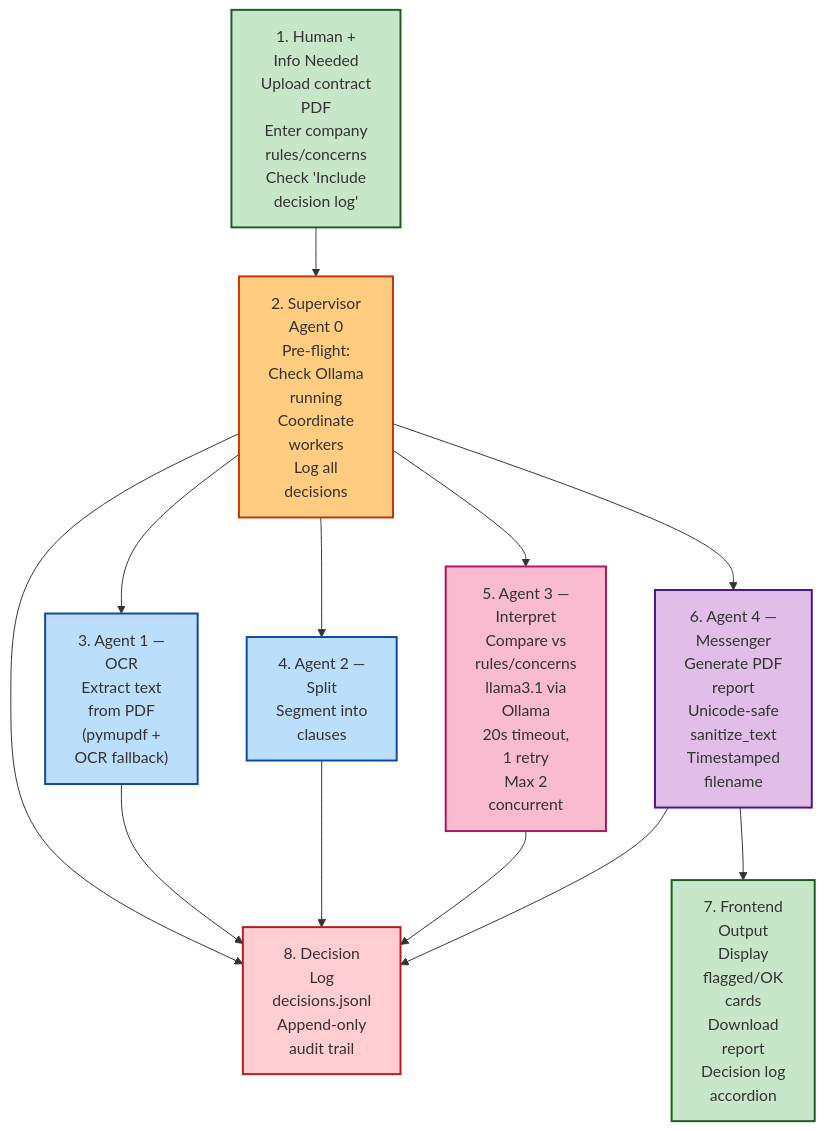
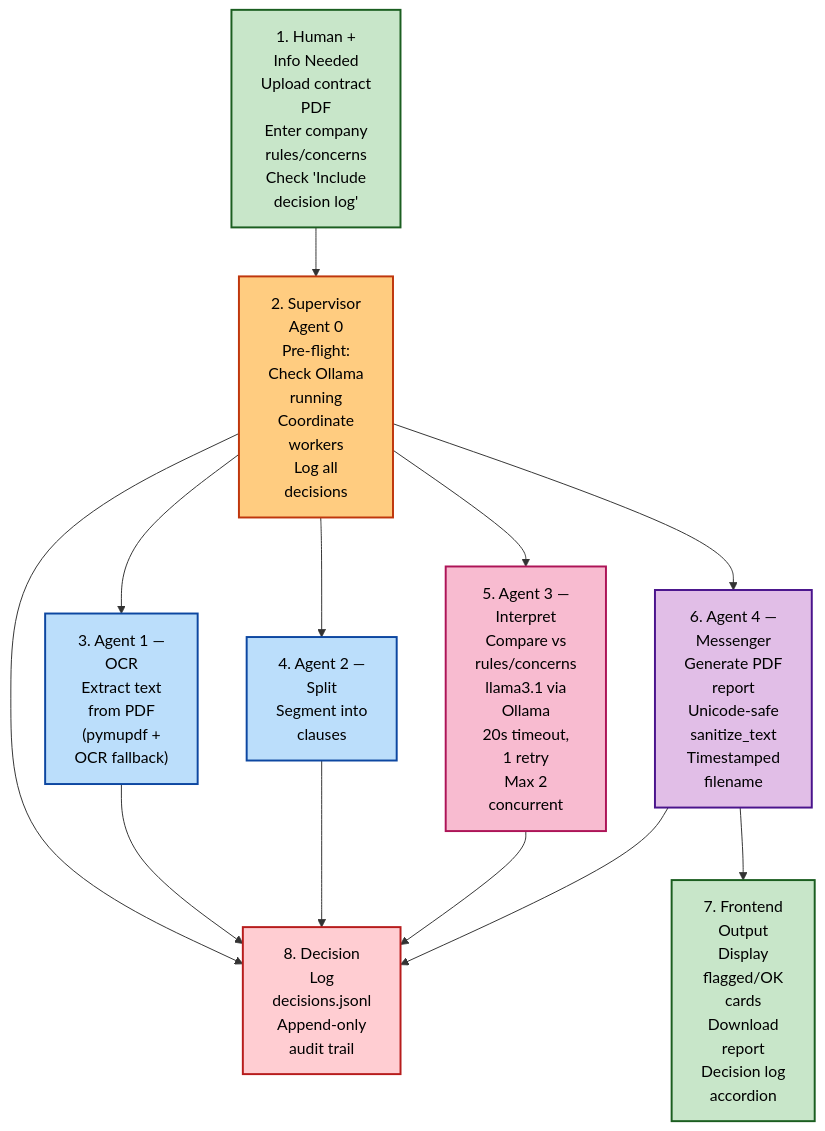
One commit to milnera2/Agentic-AI-Contract-Resolution changed the second of 2 diagrams in Workflow-Chart.md. Above: the diagram before and after it, drawn with Mermaid. The commit also changed other lines of this file, not shown here.

````diff
--- a/Workflow-Chart.md
+++ b/Workflow-Chart.md
@@ -27,36 +27,36 @@
 ```mermaid
 flowchart TD
     H["1. Human +<br/>Info Needed<br/>Upload contract<br/>PDF<br/>Enter company<br/>rules/concerns<br/>Check 'Include<br/>decision log'"]
 
     S["2. Supervisor<br/>Agent 0<br/>Pre-flight:<br/>Check Ollama<br/>running<br/>Coordinate<br/>workers<br/>Log all<br/>decisions"]
 
     OCR["3. Agent 1 —<br/>OCR<br/>Extract text<br/>from PDF<br/>(pymupdf +<br/>OCR fallback)"]
     Split["4. Agent 2 —<br/>Split<br/>Segment into<br/>clauses"]
     Interpret["5. Agent 3 —<br/>Interpret<br/>Compare vs<br/>rules/concerns<br/>llama3.1 via<br/>Ollama<br/>20s timeout,<br/>1 retry<br/>Max 2<br/>concurrent"]
     Msg["6. Agent 4 —<br/>Messenger<br/>Generate PDF<br/>report<br/>Unicode-safe<br/>sanitize_text<br/>Timestamped<br/>filename"]
 
     FE["7. Frontend<br/>Output<br/>Display<br/>flagged/OK<br/>cards<br/>Download<br/>report<br/>Decision log<br/>accordion"]
 
     DL["8. Decision<br/>Log<br/>decisions.jsonl<br/>Append-only<br/>audit trail"]
 
     H --> S
     S --> OCR
     S --> Split
     S --> Interpret
     S --> Msg
     Msg --> FE
     S --> DL
     OCR --> DL
     Split --> DL
     Interpret --> DL
     Msg --> DL
 
-    style H fill:#c8e6c9,stroke:#1b5e20,stroke-width:2px
-    style S fill:#ffcc80,stroke:#bf360c,stroke-width:2px
-    style OCR fill:#bbdefb,stroke:#0d47a1,stroke-width:2px
-    style Split fill:#bbdefb,stroke:#0d47a1,stroke-width:2px
-    style Interpret fill:#f8bbd0,stroke:#ad1457,stroke-width:2px
-    style Msg fill:#e1bee7,stroke:#4a148c,stroke-width:2px
-    style FE fill:#c8e6c9,stroke:#1b5e20,stroke-width:2px
-    style DL fill:#ffcdd2,stroke:#b71c1c,stroke-width:2px
+    style H fill:#c8e6c9,stroke:#1b5e20,stroke-width:2px,color:#000000
+    style S fill:#ffcc80,stroke:#bf360c,stroke-width:2px,color:#000000
+    style OCR fill:#bbdefb,stroke:#0d47a1,stroke-width:2px,color:#000000
+    style Split fill:#bbdefb,stroke:#0d47a1,stroke-width:2px,color:#000000
+    style Interpret fill:#f8bbd0,stroke:#ad1457,stroke-width:2px,color:#000000
+    style Msg fill:#e1bee7,stroke:#4a148c,stroke-width:2px,color:#000000
+    style FE fill:#c8e6c9,stroke:#1b5e20,stroke-width:2px,color:#000000
+    style DL fill:#ffcdd2,stroke:#b71c1c,stroke-width:2px,color:#000000
 ```
````
